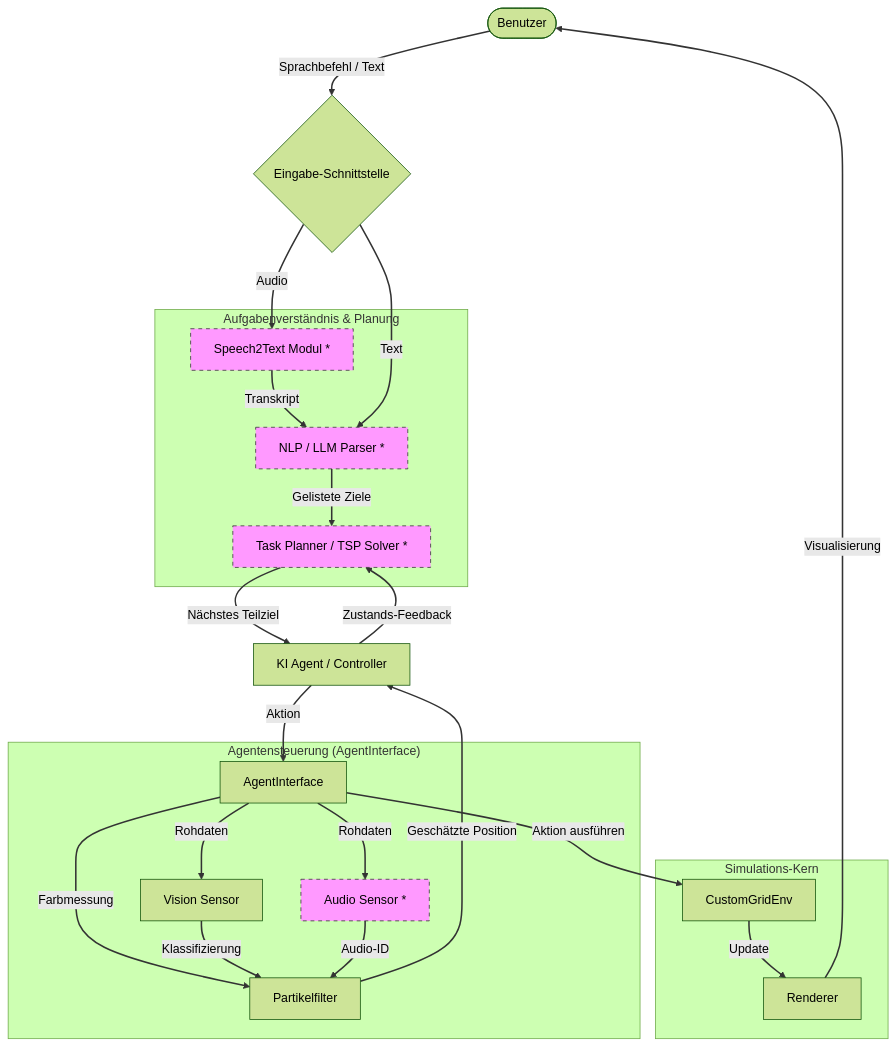
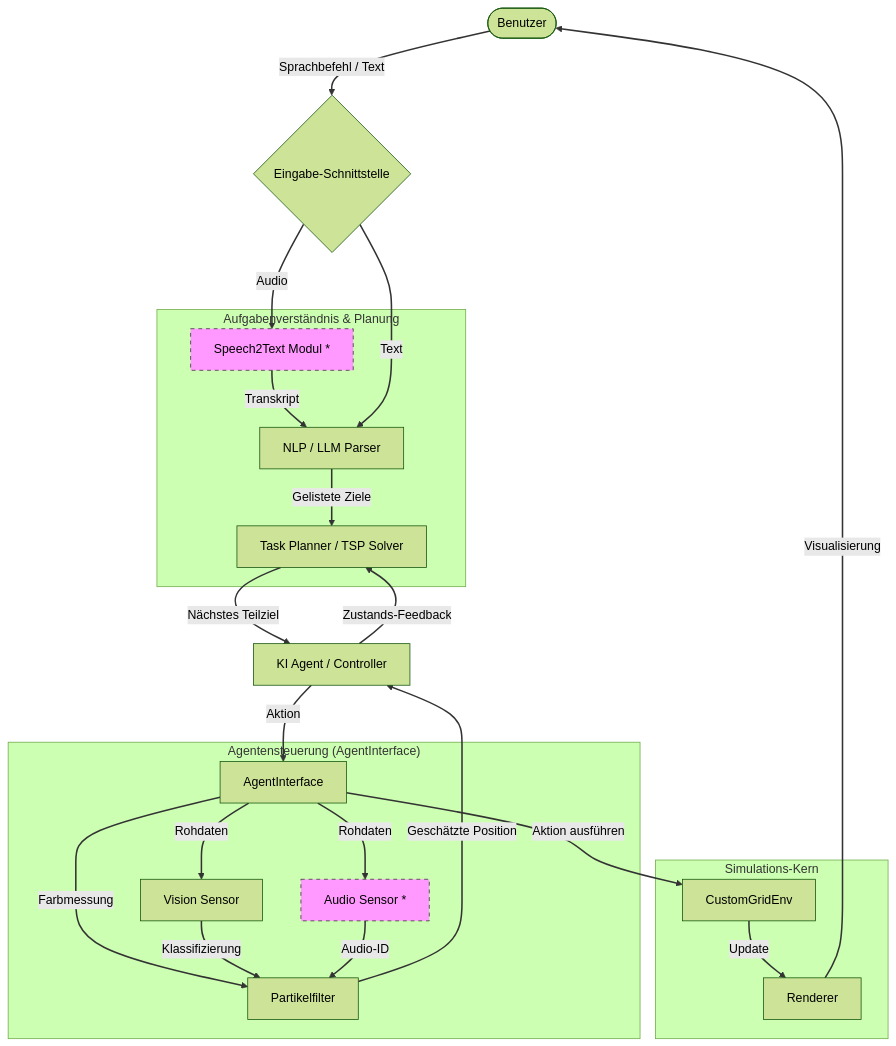
Before and after one commit to dgaida/adversarial2dEnvAI: the second of 4 diagrams in docs/de/architecture/index.md, drawn with Mermaid (forest theme). The commit also changed other lines of this file and 4 other files, not shown here.

````diff
--- a/docs/de/architecture/index.md
+++ b/docs/de/architecture/index.md
@@ -32,47 +32,47 @@
 ```mermaid
 graph TD
     %% Input Module
     User([Benutzer]) -- "Sprachbefehl / Text" --> Input{Eingabe-Schnittstelle}
 
     subgraph "Aufgabenverständnis & Planung"
-        S2T[Speech2Text Modul *] -- "Transkript" --> NLP[NLP / LLM Parser *]
-        NLP -- "Gelistete Ziele" --> Planner[Task Planner / TSP Solver *]
+        S2T[Speech2Text Modul *] -- "Transkript" --> NLP[NLP / LLM Parser]
+        NLP -- "Gelistete Ziele" --> Planner[Task Planner / TSP Solver]
     end
 
     Input -- "Audio" --> S2T
     Input -- "Text" --> NLP
 
     subgraph "Agentensteuerung (AgentInterface)"
         AI[AgentInterface]
         PF[Partikelfilter]
         Vision[Vision Sensor]
         Audio[Audio Sensor *]
     end
 
     Planner -- "Nächstes Teilziel" --> Agent[KI Agent / Controller]
 
     Agent -- "Aktion" --> AI
     AI -- "Rohdaten" --> Vision
     AI -- "Rohdaten" --> Audio
     AI -- "Farbmessung" --> PF
 
     Vision -- "Klassifizierung" --> PF
     Audio -- "Audio-ID" --> PF
 
     PF -- "Geschätzte Position" --> Agent
     Agent -- "Zustands-Feedback" --> Planner
 
     subgraph "Simulations-Kern"
         Env[CustomGridEnv]
         Renderer[Renderer]
     end
 
     AI -- "Aktion ausführen" --> Env
     Env -- "Update" --> Renderer
     Renderer -- "Visualisierung" --> User
 
     classDef future fill:#f9f,stroke:#333,stroke-dasharray: 5 5;
-    class S2T,NLP,Planner,Audio future;
+    class S2T,Audio future;
 
     linkStyle default stroke:#333,stroke-width:2px;
 ```
````
